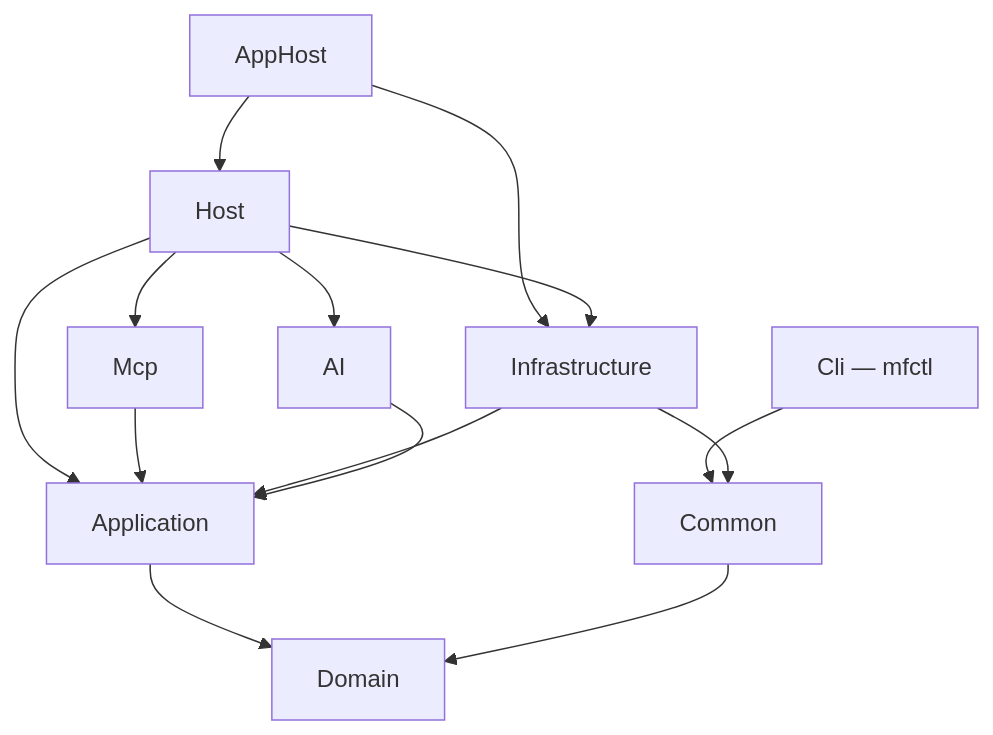
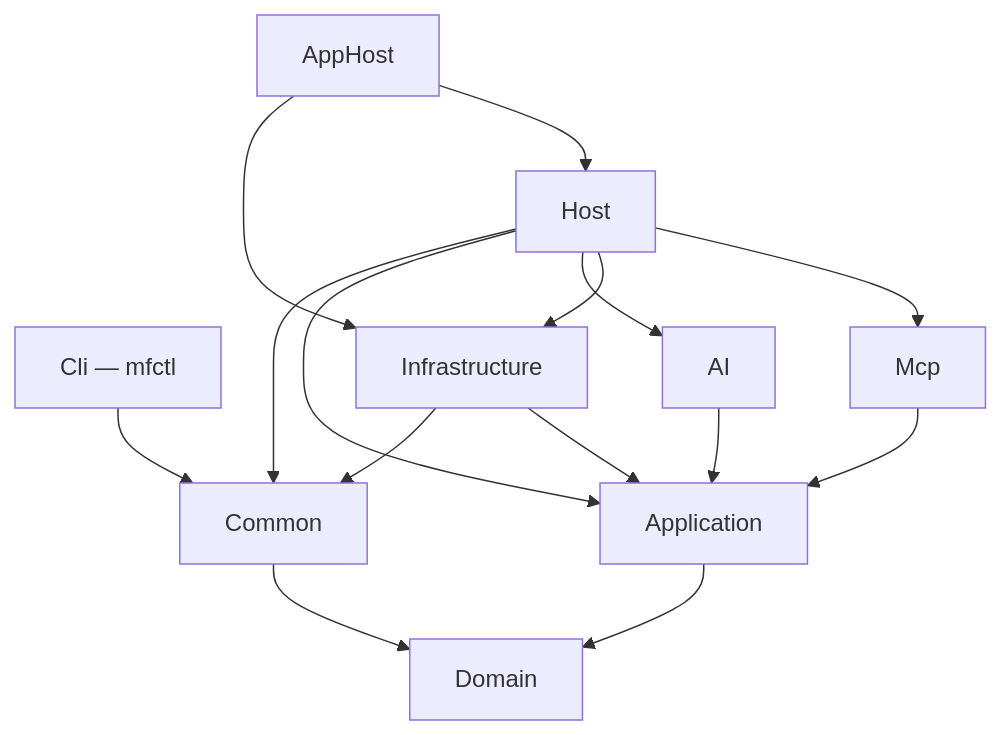
The diagram in docs/architecture/solution-structure.md (Krzysztof318/MailFathom), drawn with Mermaid before and after one commit. The commit also changed other lines of this file and 12 other files, not shown here.

````diff
--- a/docs/architecture/solution-structure.md
+++ b/docs/architecture/solution-structure.md
@@ -7,26 +7,27 @@
 ```mermaid
 flowchart TD
     AppHost[AppHost]
     Host[Host]
     Cli[Cli — mfctl]
     Mcp[Mcp]
     Infrastructure[Infrastructure]
     AI[AI]
     Application[Application]
     Common[Common]
     Domain[Domain]
 
     AppHost --> Host
     AppHost --> Infrastructure
     Host --> Mcp
     Host --> Infrastructure
     Host --> AI
     Host --> Application
+    Host --> Common
     Cli --> Common
     Mcp --> Application
     Infrastructure --> Application
     Infrastructure --> Common
     AI --> Application
     Application --> Domain
     Common --> Domain
 ```
````
